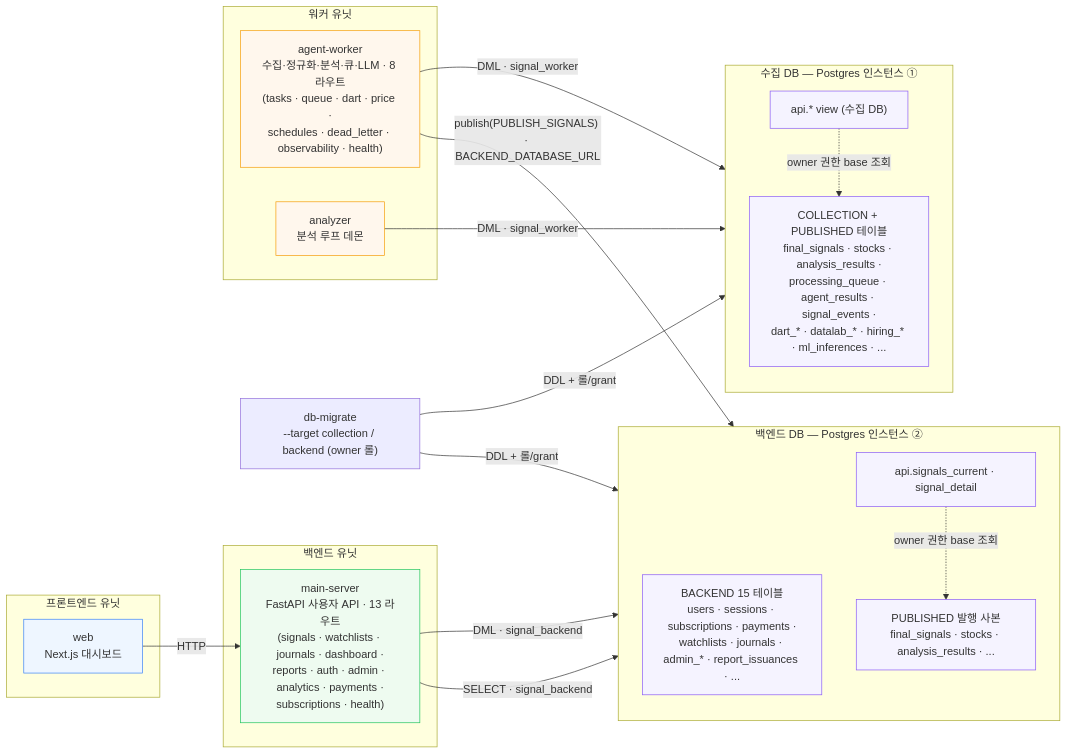
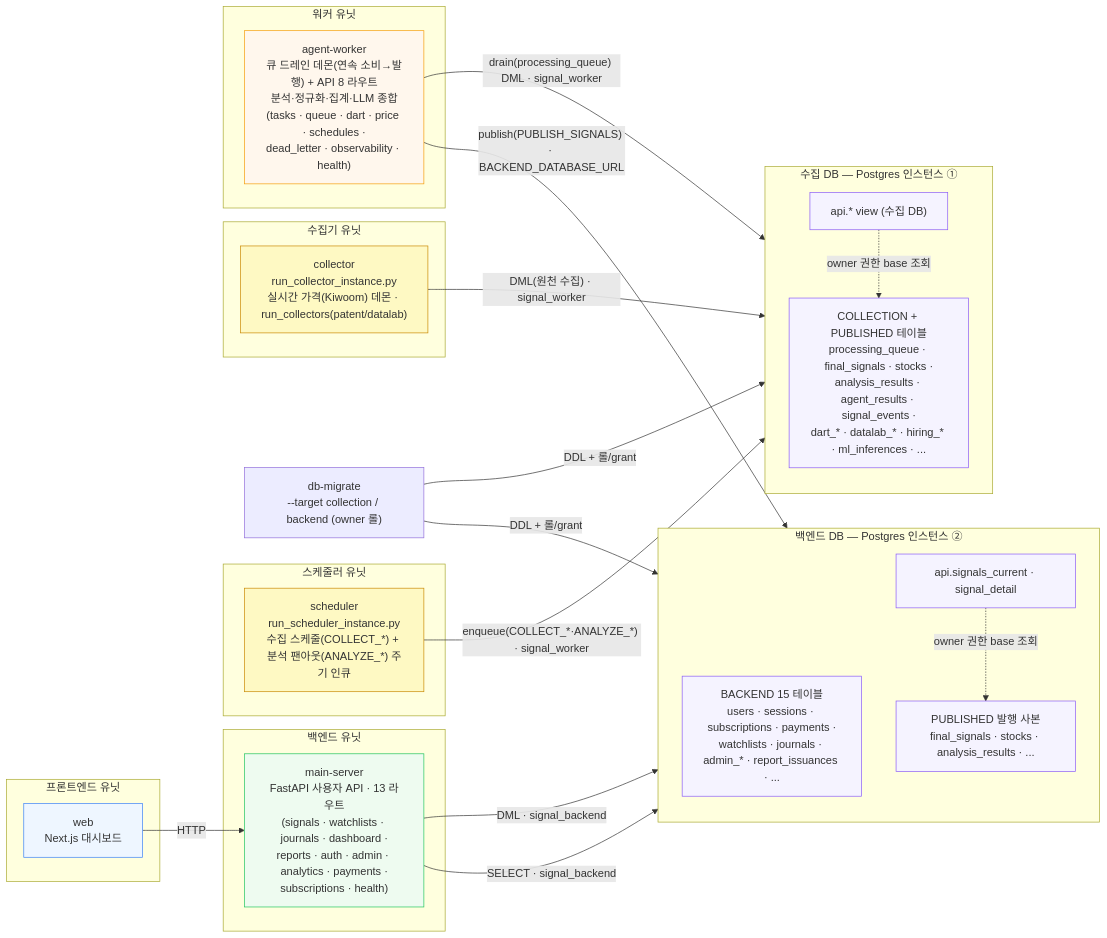
One commit to AIX14-3/signal-alpha changed the first of 3 diagrams in docs/architecture-diagram.md. Above: the diagram before and after it, drawn with Mermaid. The commit also changed other lines of this file and 16 other files, not shown here.

First line of the commit message:
docs(worker): #11 워커 영역 완성 반영 — 토폴로지·큐 드레인·소스 라우팅 정합

````diff
--- a/docs/architecture-diagram.md
+++ b/docs/architecture-diagram.md
@@ -13,50 +15,60 @@
 ```mermaid
 flowchart LR
     subgraph FE["프론트엔드 유닛"]
         web["web<br/>Next.js 대시보드"]
     end
 
     subgraph BE["백엔드 유닛"]
         ms["main-server<br/>FastAPI 사용자 API · 13 라우트<br/>(signals · watchlists · journals · dashboard ·<br/>reports · auth · admin · analytics · payments ·<br/>subscriptions · health)"]
     end
 
+    subgraph SCH["스케줄러 유닛"]
+        sch["scheduler<br/>run_scheduler_instance.py<br/>수집 스케줄(COLLECT_*) + 분석 팬아웃(ANALYZE_*) 주기 인큐"]
+    end
+
+    subgraph COL["수집기 유닛"]
+        col["collector<br/>run_collector_instance.py<br/>실시간 가격(Kiwoom) 데몬 · run_collectors(patent/datalab)"]
+    end
+
     subgraph WK["워커 유닛"]
-        aw["agent-worker<br/>수집·정규화·분석·큐·LLM · 8 라우트<br/>(tasks · queue · dart · price ·<br/>schedules · dead_letter · observability · health)"]
-        an["analyzer<br/>분석 루프 데몬"]
+        aw["agent-worker<br/>큐 드레인 데몬(연속 소비→발행) + API 8 라우트<br/>분석·정규화·집계·LLM 종합<br/>(tasks · queue · dart · price · schedules ·<br/>dead_letter · observability · health)"]
     end
 
     subgraph CDB["수집 DB — Postgres 인스턴스 ①"]
         direction TB
-        cwt["COLLECTION + PUBLISHED 테이블<br/>final_signals · stocks · analysis_results ·<br/>processing_queue · agent_results · signal_events ·<br/>dart_* · datalab_* · hiring_* · ml_inferences · ..."]
+        cwt["COLLECTION + PUBLISHED 테이블<br/>processing_queue · final_signals · stocks ·<br/>analysis_results · agent_results · signal_events ·<br/>dart_* · datalab_* · hiring_* · ml_inferences · ..."]
         cv["api.* view (수집 DB)"]
         cv -. "owner 권한 base 조회" .-> cwt
     end
 
     subgraph BDB["백엔드 DB — Postgres 인스턴스 ②"]
         direction TB
         bt["BACKEND 15 테이블<br/>users · sessions · subscriptions · payments ·<br/>watchlists · journals · admin_* · report_issuances · ..."]
         bpub["PUBLISHED 발행 사본<br/>final_signals · stocks · analysis_results · ..."]
         bv["api.signals_current · signal_detail"]
         bv -. "owner 권한 base 조회" .-> bpub
     end
 
     mig["db-migrate<br/>--target collection / backend (owner 롤)"]
 
     web -- HTTP --> ms
     ms -- "SELECT · signal_backend" --> bv
     ms -- "DML · signal_backend" --> bt
-    aw -- "DML · signal_worker" --> cwt
-    an -- "DML · signal_worker" --> cwt
+    sch -- "enqueue(COLLECT_*·ANALYZE_*) · signal_worker" --> cwt
+    col -- "DML(원천 수집) · signal_worker" --> cwt
+    aw -- "drain(processing_queue) DML · signal_worker" --> cwt
     aw -- "publish(PUBLISH_SIGNALS) · BACKEND_DATABASE_URL" --> bpub
     mig -- "DDL + 롤/grant" --> CDB
     mig -- "DDL + 롤/grant" --> BDB
 
     classDef fe fill:#eef6ff,stroke:#3b82f6;
     classDef be fill:#eefbf0,stroke:#22c55e;
     classDef wk fill:#fff7ed,stroke:#f59e0b;
+    classDef sd fill:#fef9c3,stroke:#ca8a04;
     classDef db fill:#f5f3ff,stroke:#8b5cf6;
     class web fe;
     class ms be;
-    class aw,an wk;
+    class aw wk;
+    class col,sch sd;
     class cwt,cv,bt,bpub,bv db;
 ```
````
